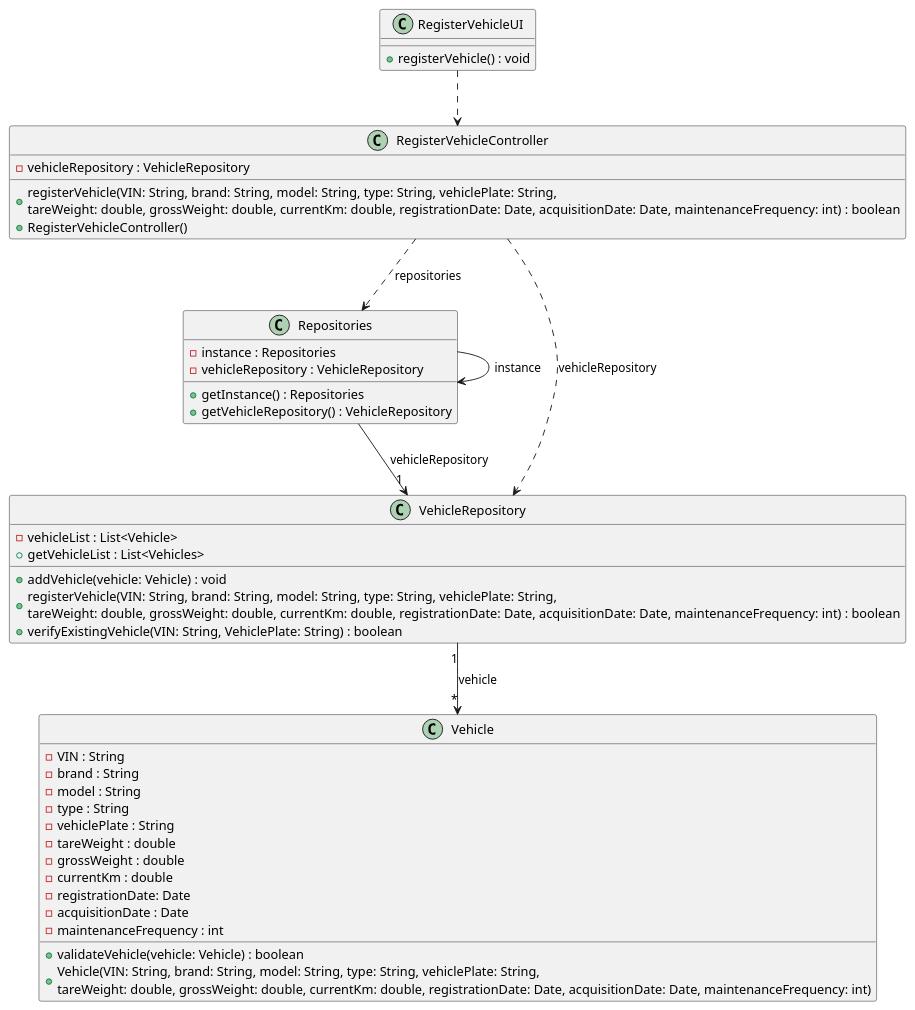
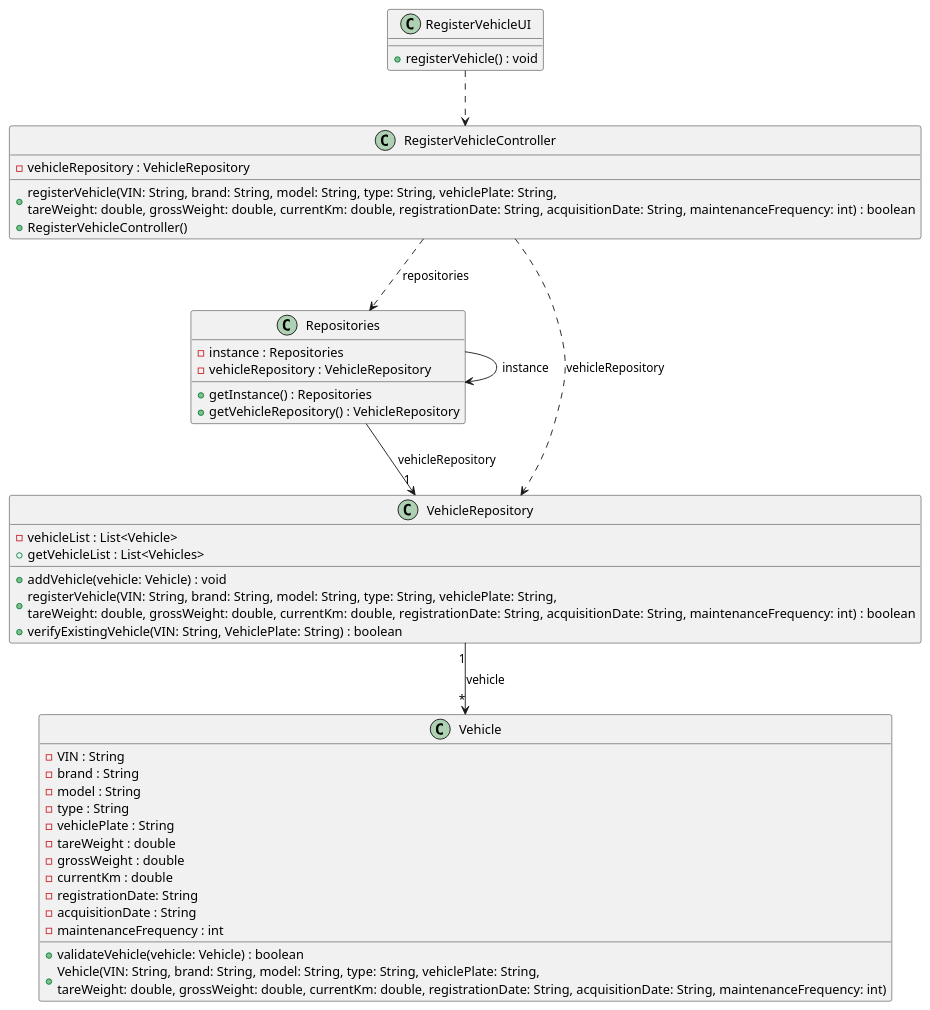
One commit to ricardomm7/leaflink changed the diagram in docs/sprintB/us006/03.design/puml/us006-class-diagram.puml. Above: the diagram before and after it, drawn with PlantUML. The commit also changed 5 other files, not shown here.

```diff
--- a/docs/sprintB/us006/03.design/puml/us006-class-diagram.puml
+++ b/docs/sprintB/us006/03.design/puml/us006-class-diagram.puml
@@ -1,56 +1,56 @@
 @startuml
 skinparam shadowing false
 skinparam line type polyline
 
 'left to right direction
 
     class RegisterVehicleUI {
         + registerVehicle() : void
     }
 
     class RegisterVehicleController {
         - vehicleRepository : VehicleRepository
-        + registerVehicle(VIN: String, brand: String, model: String, type: String, vehiclePlate: String, \ntareWeight: double, grossWeight: double, currentKm: double, registrationDate: Date, acquisitionDate: Date, maintenanceFrequency: int) : boolean
+        + registerVehicle(VIN: String, brand: String, model: String, type: String, vehiclePlate: String, \ntareWeight: double, grossWeight: double, currentKm: double, registrationDate: String, acquisitionDate: String, maintenanceFrequency: int) : boolean
         + RegisterVehicleController()
     }
 
     class Repositories {
         - instance : Repositories
         - vehicleRepository : VehicleRepository
         + getInstance() : Repositories
         + getVehicleRepository() : VehicleRepository
     }
 
     class VehicleRepository {
         - vehicleList : List<Vehicle>
         + getVehicleList : List<Vehicles>
         + addVehicle(vehicle: Vehicle) : void
-        + registerVehicle(VIN: String, brand: String, model: String, type: String, vehiclePlate: String, \ntareWeight: double, grossWeight: double, currentKm: double, registrationDate: Date, acquisitionDate: Date, maintenanceFrequency: int) : boolean
+        + registerVehicle(VIN: String, brand: String, model: String, type: String, vehiclePlate: String, \ntareWeight: double, grossWeight: double, currentKm: double, registrationDate: String, acquisitionDate: String, maintenanceFrequency: int) : boolean
         + verifyExistingVehicle(VIN: String, VehiclePlate: String) : boolean
     }
 
     class Vehicle {
         - VIN : String
         - brand : String
         - model : String
         - type : String
         - vehiclePlate : String
         - tareWeight : double
         - grossWeight : double
         - currentKm : double
-        - registrationDate: Date
-        - acquisitionDate : Date
+        - registrationDate: String
+        - acquisitionDate : String
         - maintenanceFrequency : int
 
         + validateVehicle(vehicle: Vehicle) : boolean
-        + Vehicle(VIN: String, brand: String, model: String, type: String, vehiclePlate: String, \ntareWeight: double, grossWeight: double, currentKm: double, registrationDate: Date, acquisitionDate: Date, maintenanceFrequency: int)
+        + Vehicle(VIN: String, brand: String, model: String, type: String, vehiclePlate: String, \ntareWeight: double, grossWeight: double, currentKm: double, registrationDate: String, acquisitionDate: String, maintenanceFrequency: int)
     }
 
 RegisterVehicleUI ..> RegisterVehicleController
 RegisterVehicleController ..> Repositories: repositories
 Repositories --> Repositories: instance
 RegisterVehicleController ..> VehicleRepository: vehicleRepository
 Repositories --> "1"VehicleRepository: vehicleRepository
 VehicleRepository "1"-->"*" Vehicle: vehicle
 
 @enduml
```
